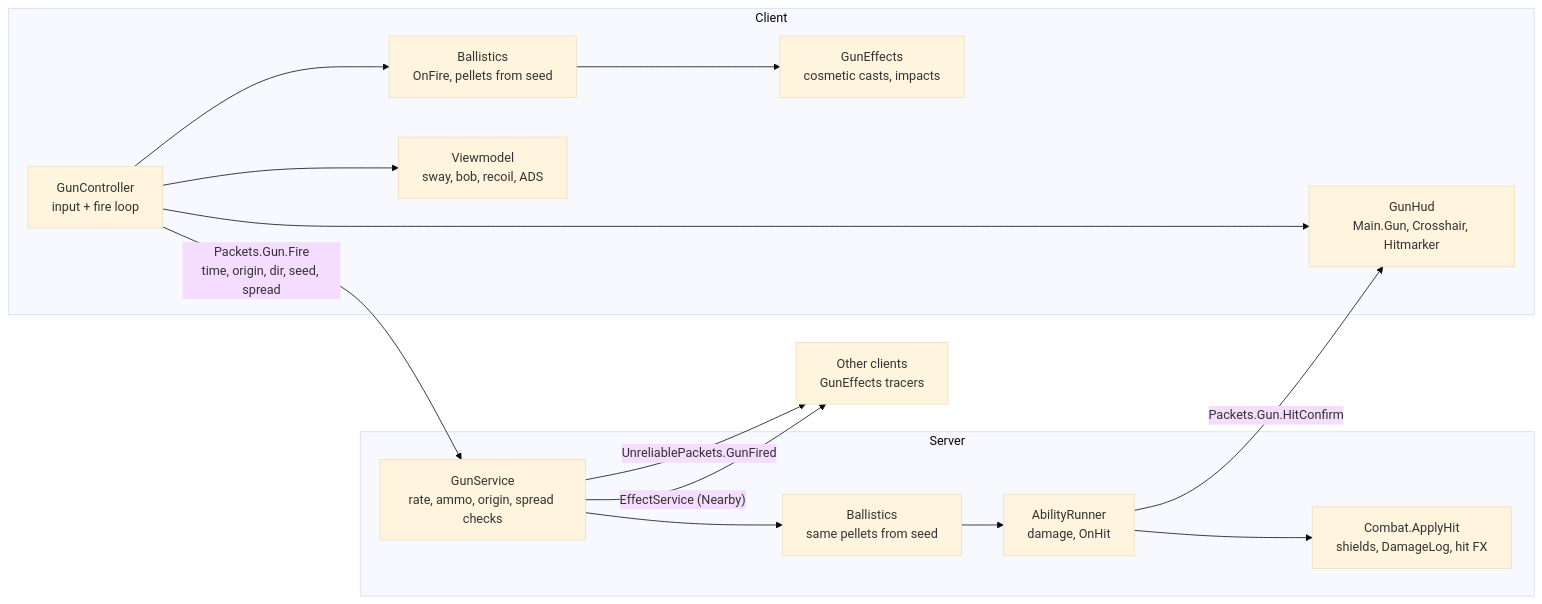
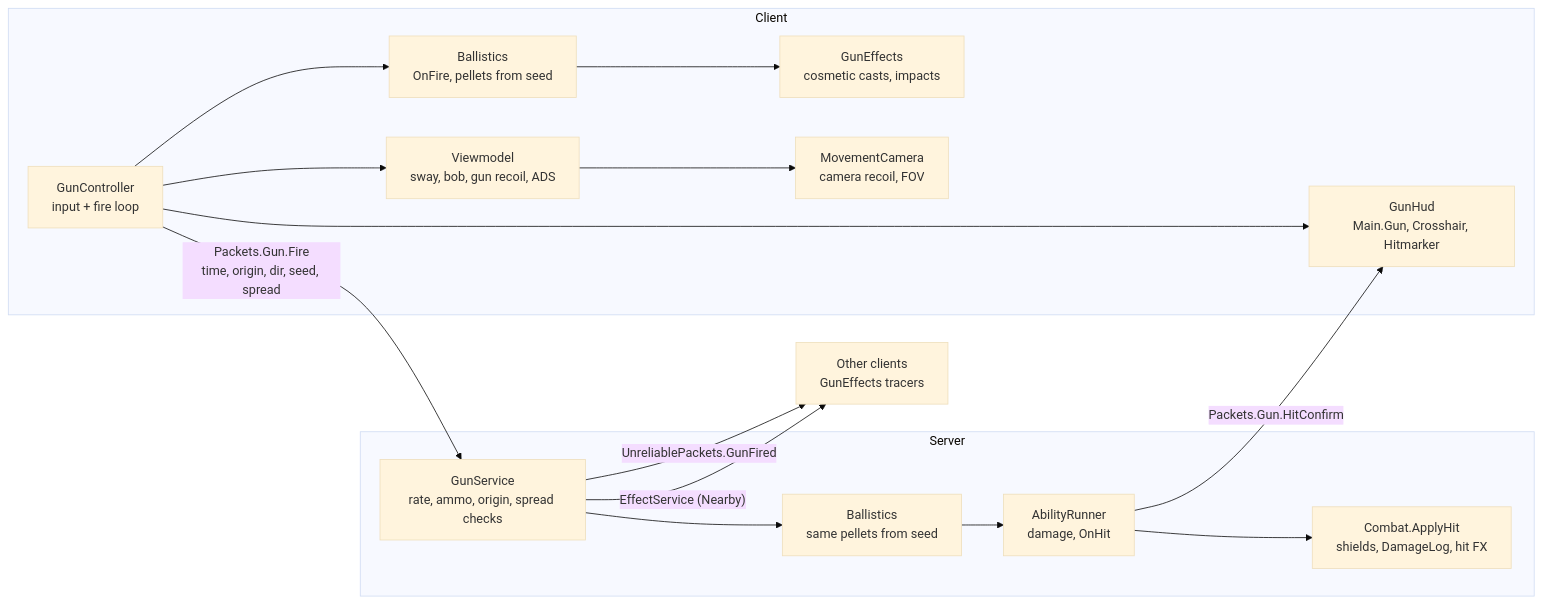
One commit to 099ersf2/Mango-Shark-Documentation changed the diagram in Gun Game/ADDING_GUNS.md. Above: the diagram before and after it, drawn with Mermaid (base theme). The commit also changed other lines of this file and 9 other files, not shown here.

Commit message:
Document the dev-code refactor: soft walls, skins, lobby, kill feed, recoil and gun bash

````diff
--- a/Gun Game/ADDING_GUNS.md
+++ b/Gun Game/ADDING_GUNS.md
@@ -11,18 +11,19 @@
 ```mermaid
 flowchart LR
     subgraph Client
         GC[GunController<br/>input + fire loop] --> B1[Ballistics<br/>OnFire, pellets from seed]
         B1 --> GE[GunEffects<br/>cosmetic casts, impacts]
-        GC --> VM[Viewmodel<br/>sway, bob, recoil, ADS]
+        GC --> VM[Viewmodel<br/>sway, bob, gun recoil, ADS]
+        VM --> MC[MovementCamera<br/>camera recoil, FOV]
         GC --> HUD[GunHud<br/>Main.Gun, Crosshair, Hitmarker]
     end
     subgraph Server
         GS[GunService<br/>rate, ammo, origin, spread checks] --> B2[Ballistics<br/>same pellets from seed]
         B2 --> AR[AbilityRunner<br/>damage, OnHit]
         AR --> C[Combat.ApplyHit<br/>shields, DamageLog, hit FX]
     end
     GC -- "Packets.Gun.Fire<br/>time, origin, dir, seed, spread" --> GS
     GS -- "UnreliablePackets.GunFired" --> OC[Other clients<br/>GunEffects tracers]
     GS -- "EffectService (Nearby)" --> OC
     AR -- "Packets.Gun.HitConfirm" --> HUD
 ```
````
